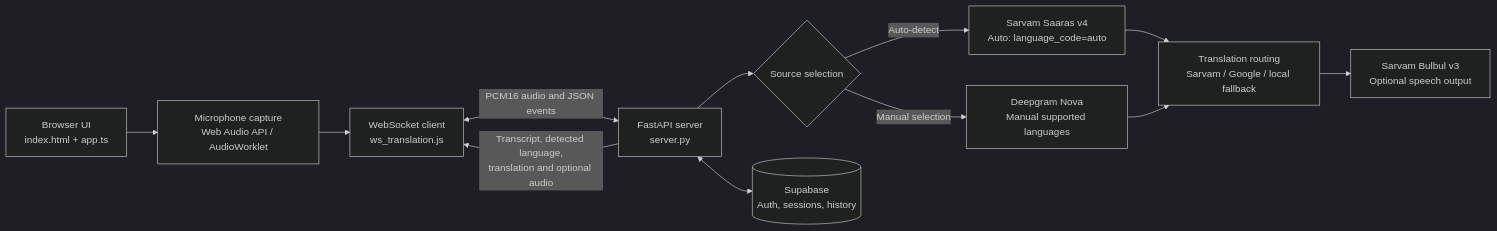
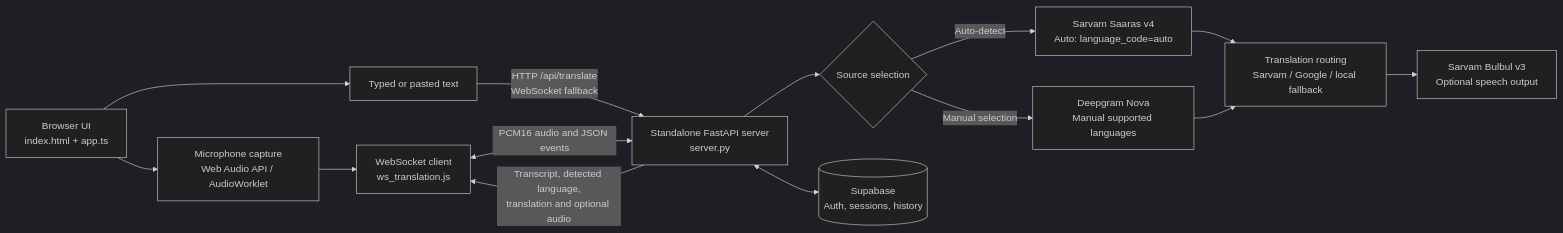
One commit to melvin-1012/LiveTranslation changed the diagram in README.md. Above: the diagram before and after it, drawn with Mermaid (dark theme). The commit also changed other lines of this file and 1 other file, not shown here.

First line of the commit message:
Document setup and end-to-end implementation flow

````diff
--- a/README.md
+++ b/README.md
@@ -54,24 +58,26 @@
 ```mermaid
 flowchart LR
     Browser["Browser UI<br/>index.html + app.ts"]
     Capture["Microphone capture<br/>Web Audio API / AudioWorklet"]
     Client["WebSocket client<br/>ws_translation.js"]
-    Server["FastAPI server<br/>server.py"]
+    Text["Typed or pasted text"]
+    Server["Standalone FastAPI server<br/>server.py"]
     ASR{"Source selection"}
     SarvamASR["Sarvam Saaras v4<br/>Auto: language_code=auto"]
     Deepgram["Deepgram Nova<br/>Manual supported languages"]
     Translation["Translation routing<br/>Sarvam / Google / local fallback"]
     TTS["Sarvam Bulbul v3<br/>Optional speech output"]
     Supabase[("Supabase<br/>Auth, sessions, history")]
 
     Browser --> Capture --> Client
+    Browser --> Text -->|HTTP /api/translate<br/>WebSocket fallback| Server
     Client <-->|PCM16 audio and JSON events| Server
     Server --> ASR
     ASR -->|Auto-detect| SarvamASR
     ASR -->|Manual selection| Deepgram
     SarvamASR --> Translation
     Deepgram --> Translation
     Translation --> TTS
     Server <--> Supabase
     Server -->|Transcript, detected language,<br/>translation and optional audio| Client
 ```
````
